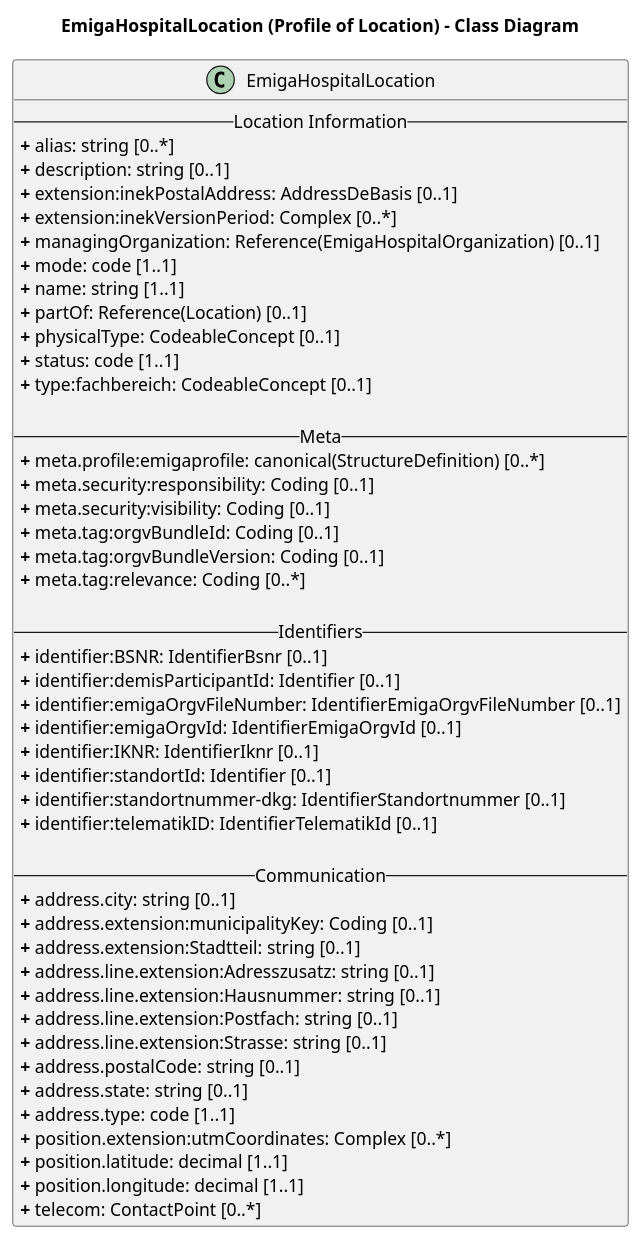
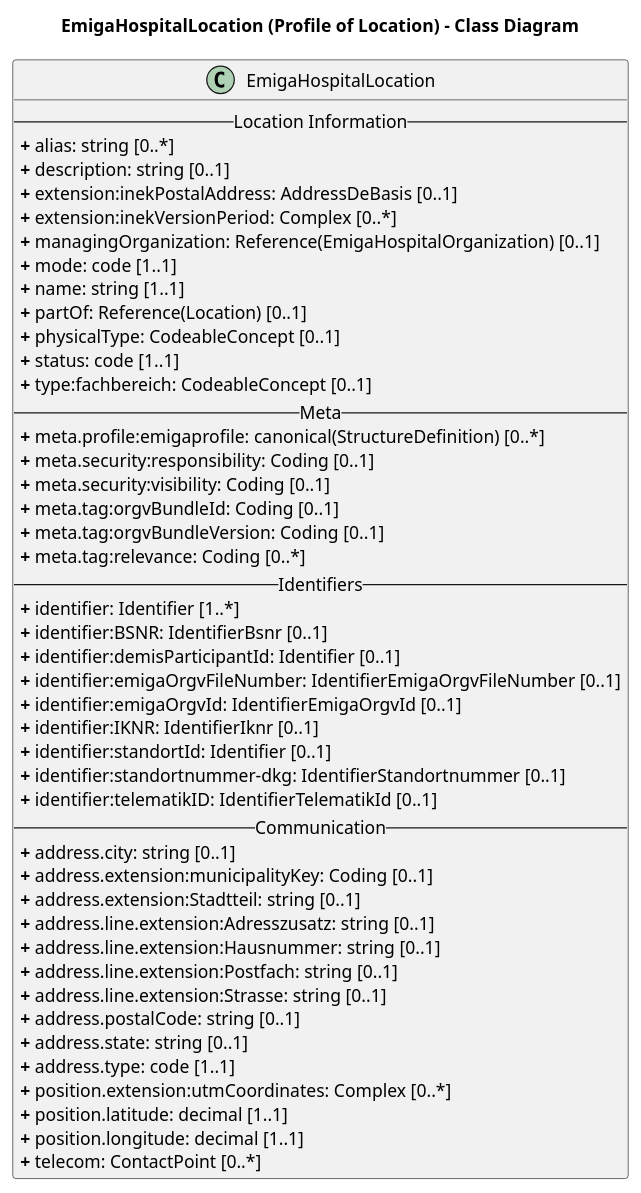
One commit to robert-koch-institut/rki.emiga.vzd changed the diagram in rki.emiga.vzd/PlantUML/HospitalLocation.puml. Above: the diagram before and after it, drawn with PlantUML. The commit also changed 3 other files, not shown here.

```diff
--- a/rki.emiga.vzd/PlantUML/HospitalLocation.puml
+++ b/rki.emiga.vzd/PlantUML/HospitalLocation.puml
@@ -1,56 +1,54 @@
 @startuml
 skinparam linetype ortho
 
 title EmigaHospitalLocation (Profile of Location) - Class Diagram
 
 ' Main Class
 class EmigaHospitalLocation{
 -- Location Information --
 <b>+</b> alias: string [0..*]
 <b>+</b> description: string [0..1]
 <b>+</b> extension:inekPostalAddress: AddressDeBasis [0..1]
 <b>+</b> extension:inekVersionPeriod: Complex [0..*]
 <b>+</b> managingOrganization: Reference(EmigaHospitalOrganization) [0..1]
 <b>+</b> mode: code [1..1]
 <b>+</b> name: string [1..1]
 <b>+</b> partOf: Reference(Location) [0..1]
 <b>+</b> physicalType: CodeableConcept [0..1]
 <b>+</b> status: code [1..1]
 <b>+</b> type:fachbereich: CodeableConcept [0..1]
-
 -- Meta --
 <b>+</b> meta.profile:emigaprofile: canonical(StructureDefinition) [0..*]
 <b>+</b> meta.security:responsibility: Coding [0..1]
 <b>+</b> meta.security:visibility: Coding [0..1]
 <b>+</b> meta.tag:orgvBundleId: Coding [0..1]
 <b>+</b> meta.tag:orgvBundleVersion: Coding [0..1]
 <b>+</b> meta.tag:relevance: Coding [0..*]
-
 -- Identifiers --
+<b>+</b> identifier: Identifier [1..*] 
 <b>+</b> identifier:BSNR: IdentifierBsnr [0..1] 
 <b>+</b> identifier:demisParticipantId: Identifier [0..1]
 <b>+</b> identifier:emigaOrgvFileNumber: IdentifierEmigaOrgvFileNumber [0..1]
 <b>+</b> identifier:emigaOrgvId: IdentifierEmigaOrgvId [0..1]
 <b>+</b> identifier:IKNR: IdentifierIknr [0..1]
 <b>+</b> identifier:standortId: Identifier [0..1]
 <b>+</b> identifier:standortnummer-dkg: IdentifierStandortnummer [0..1]
 <b>+</b> identifier:telematikID: IdentifierTelematikId [0..1]
-
 -- Communication --
 <b>+</b> address.city: string [0..1]
 <b>+</b> address.extension:municipalityKey: Coding [0..1]
 <b>+</b> address.extension:Stadtteil: string [0..1]
 <b>+</b> address.line.extension:Adresszusatz: string [0..1]
 <b>+</b> address.line.extension:Hausnummer: string [0..1]
 <b>+</b> address.line.extension:Postfach: string [0..1]
 <b>+</b> address.line.extension:Strasse: string [0..1]
 <b>+</b> address.postalCode: string [0..1]
 <b>+</b> address.state: string [0..1]
 <b>+</b> address.type: code [1..1]
 <b>+</b> position.extension:utmCoordinates: Complex [0..*]
 <b>+</b> position.latitude: decimal [1..1]
 <b>+</b> position.longitude: decimal [1..1]
 <b>+</b> telecom: ContactPoint [0..*]
 }
 
 @enduml
```
